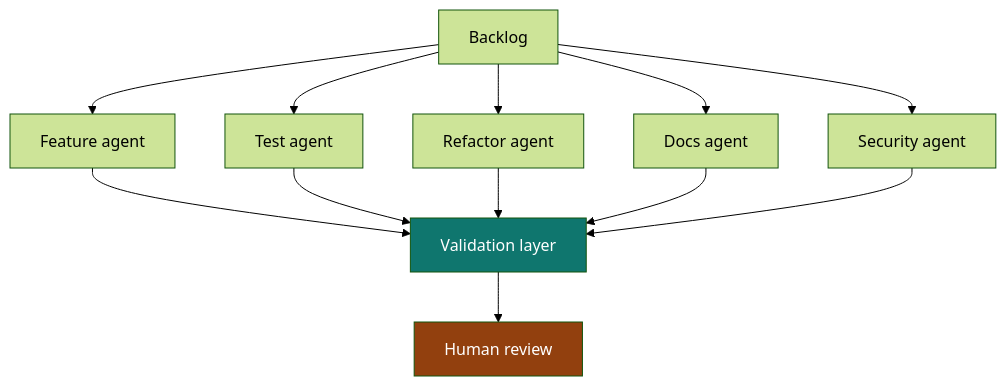
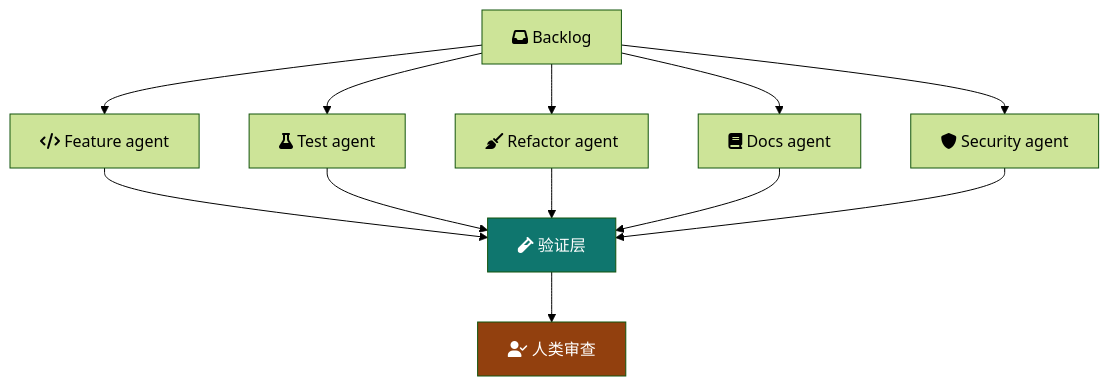
The fourth of 5 diagrams in content/zh-cn/ideas/agent-loops.mdx (nelson-o/nelson-o.github.io), drawn with Mermaid (forest theme) before and after one commit. The commit also changed other lines of this file and 3 other files, not shown here.

````diff
--- a/content/zh-cn/ideas/agent-loops.mdx
+++ b/content/zh-cn/ideas/agent-loops.mdx
@@ -213,17 +213,17 @@
 ```mermaid
 flowchart TD
-  A["Backlog"] --> B1["Feature agent"]
-  A --> B2["Test agent"]
-  A --> B3["Refactor agent"]
-  A --> B4["Docs agent"]
-  A --> B5["Security agent"]
-  B1 --> C["Validation layer"]
+  A["fa:fa-inbox Backlog"] --> B1["fa:fa-code Feature agent"]
+  A --> B2["fa:fa-flask Test agent"]
+  A --> B3["fa:fa-broom Refactor agent"]
+  A --> B4["fa:fa-book Docs agent"]
+  A --> B5["fa:fa-shield Security agent"]
+  B1 --> C["fa:fa-vial 验证层"]
   B2 --> C
   B3 --> C
   B4 --> C
   B5 --> C
-  C --> D["Human review"]
+  C --> D["fa:fa-user-check 人类审查"]
 
   style C fill:#0f766e,color:#fff
   style D fill:#92400e,color:#fff
 ```
````
